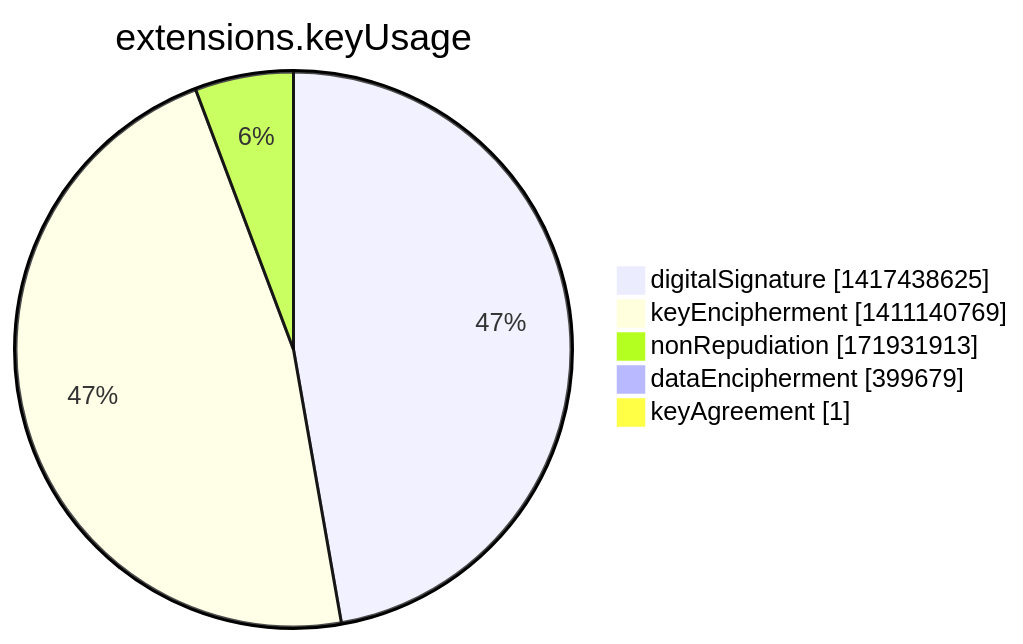
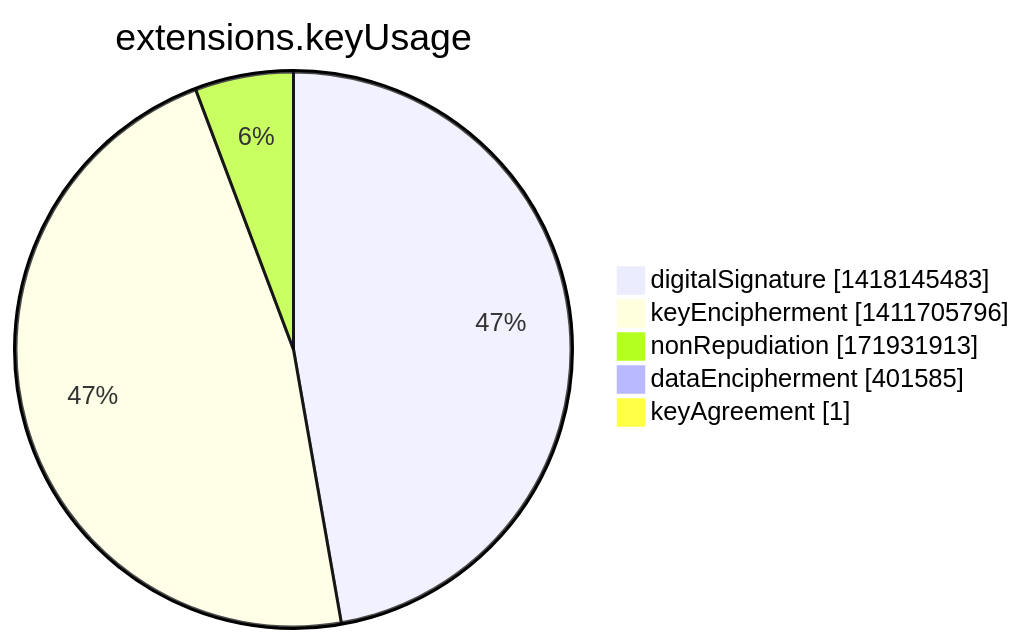
One commit to christiankrug/ctmonitor_visualization changed the seventh of 15 diagrams in argon2022/README.md. Above: the diagram before and after it, drawn with Mermaid. The commit also changed other lines of this file, not shown here.

````diff
--- a/argon2022/README.md
+++ b/argon2022/README.md
@@ -2751,9 +2751,9 @@
 ```mermaid
 pie showData
 title extensions.keyUsage
-"digitalSignature" :1417438625
-"keyEncipherment" :1411140769
+"digitalSignature" :1418145483
+"keyEncipherment" :1411705796
 "nonRepudiation" :171931913
-"dataEncipherment" :399679
+"dataEncipherment" :401585
 "keyAgreement" :1
 ```
````
